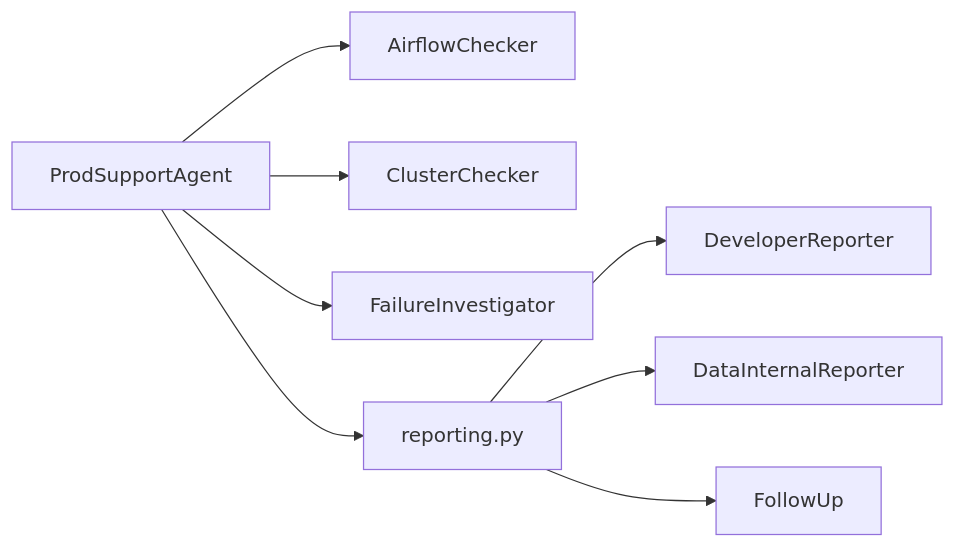
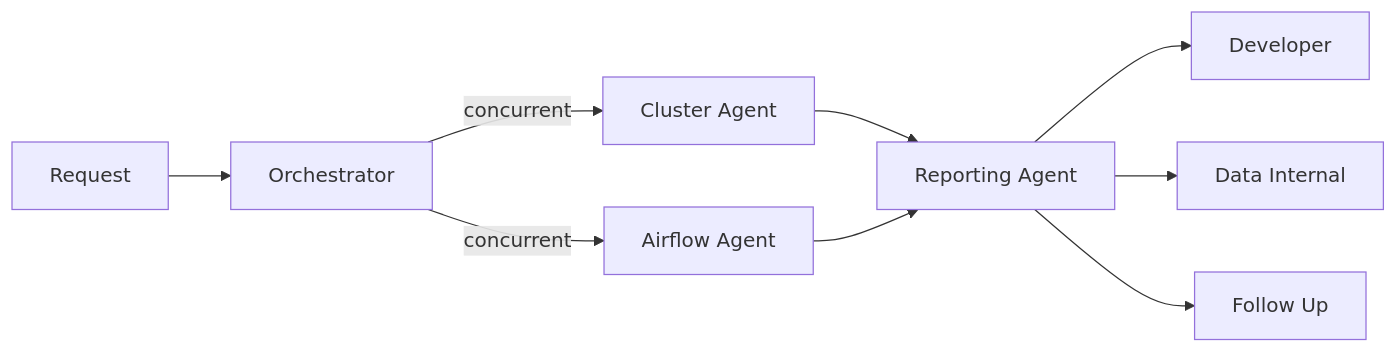
Before and after one commit to jeisenman/q2_bench: the diagram in src/workspaces/data_engineering/agents/prod_support/AGENTS.md, drawn with Mermaid. The commit also changed other lines of this file and 126 other files, not shown here.

Commit message:
Refactor prod support orchestration and collection

````diff
--- a/src/workspaces/data_engineering/agents/prod_support/AGENTS.md
+++ b/src/workspaces/data_engineering/agents/prod_support/AGENTS.md
@@ -40,10 +48,11 @@
 ```mermaid
 flowchart LR
-    Agent[ProdSupportAgent] --> Airflow[AirflowChecker]
-    Agent --> Cluster[ClusterChecker]
-    Agent --> Investigator[FailureInvestigator]
-    Agent --> Reporting[reporting.py]
-    Reporting --> Developer[DeveloperReporter]
-    Reporting --> Internal[DataInternalReporter]
-    Reporting --> FollowUp[FollowUp]
+    Request --> Orchestrator
+    Orchestrator -->|concurrent| Cluster[Cluster Agent]
+    Orchestrator -->|concurrent| Airflow[Airflow Agent]
+    Cluster --> Reporting[Reporting Agent]
+    Airflow --> Reporting
+    Reporting --> Developer
+    Reporting --> DataInternal[Data Internal]
+    Reporting --> FollowUp[Follow Up]
 ```
````
